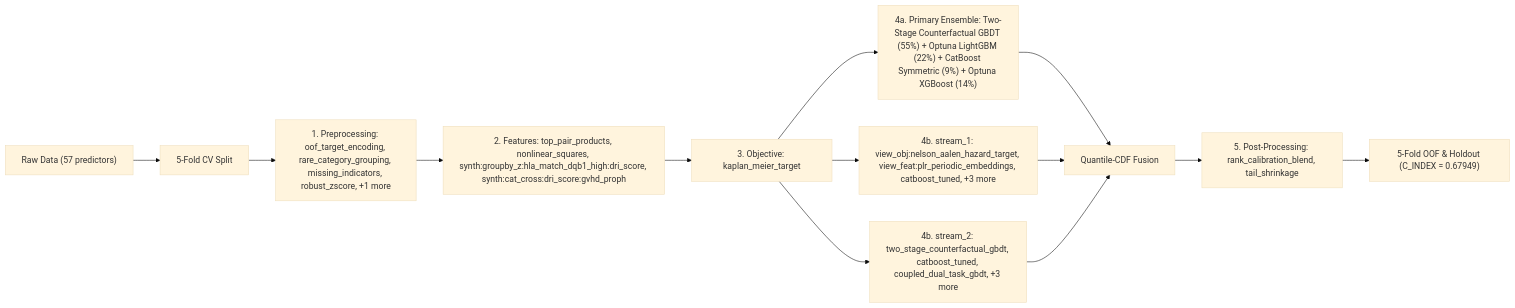
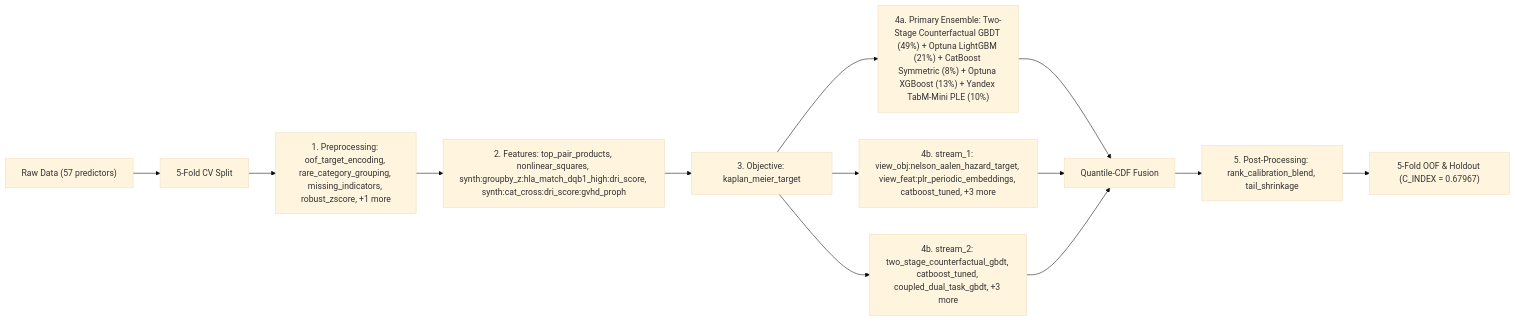
The diagram in README.md (stefanoclss/CIBMTR-Equity-in-Post-HCT-Survival-Predictions), drawn with Mermaid (base theme) before and after one commit. The commit also changed other lines of this file, not shown here.

First line of the commit message:
docs(readme): refresh verified OOF benchmark & build ledger (C_INDEX=0.67967)

````diff
--- a/README.md
+++ b/README.md
@@ -151,15 +153,15 @@
 ```mermaid
 flowchart LR
     DATA["Raw Data (57 predictors)"] --> SPLIT["5-Fold CV Split"]
     SPLIT --> PRE["1. Preprocessing: oof_target_encoding, rare_category_grouping, missing_indicators, robust_zscore, +1 more"]
     PRE --> FEAT["2. Features: top_pair_products, nonlinear_squares, synth:groupby_z:hla_match_dqb1_high:dri_score, synth:cat_cross:dri_score:gvhd_proph"]
     FEAT --> OBJ["3. Objective: kaplan_meier_target"]
-    OBJ --> M0["4a. Primary Ensemble: Two-Stage Counterfactual GBDT (55%) + Optuna LightGBM (22%) + CatBoost Symmetric (9%) + Optuna XGBoost (14%)"]
+    OBJ --> M0["4a. Primary Ensemble: Two-Stage Counterfactual GBDT (49%) + Optuna LightGBM (21%) + CatBoost Symmetric (8%) + Optuna XGBoost (13%) + Yandex TabM-Mini PLE (10%)"]
     M0 --> FUSE["Quantile-CDF Fusion"]
     OBJ --> S1["4b. stream_1: view_obj:nelson_aalen_hazard_target, view_feat:plr_periodic_embeddings, catboost_tuned, +3 more"]
     S1 --> FUSE
     OBJ --> S2["4b. stream_2: two_stage_counterfactual_gbdt, catboost_tuned, coupled_dual_task_gbdt, +3 more"]
     S2 --> FUSE
     FUSE --> POST["5. Post-Processing: rank_calibration_blend, tail_shrinkage"]
-    POST --> OUT["5-Fold OOF & Holdout (C_INDEX = 0.67949)"]
+    POST --> OUT["5-Fold OOF & Holdout (C_INDEX = 0.67967)"]
 ```
````
